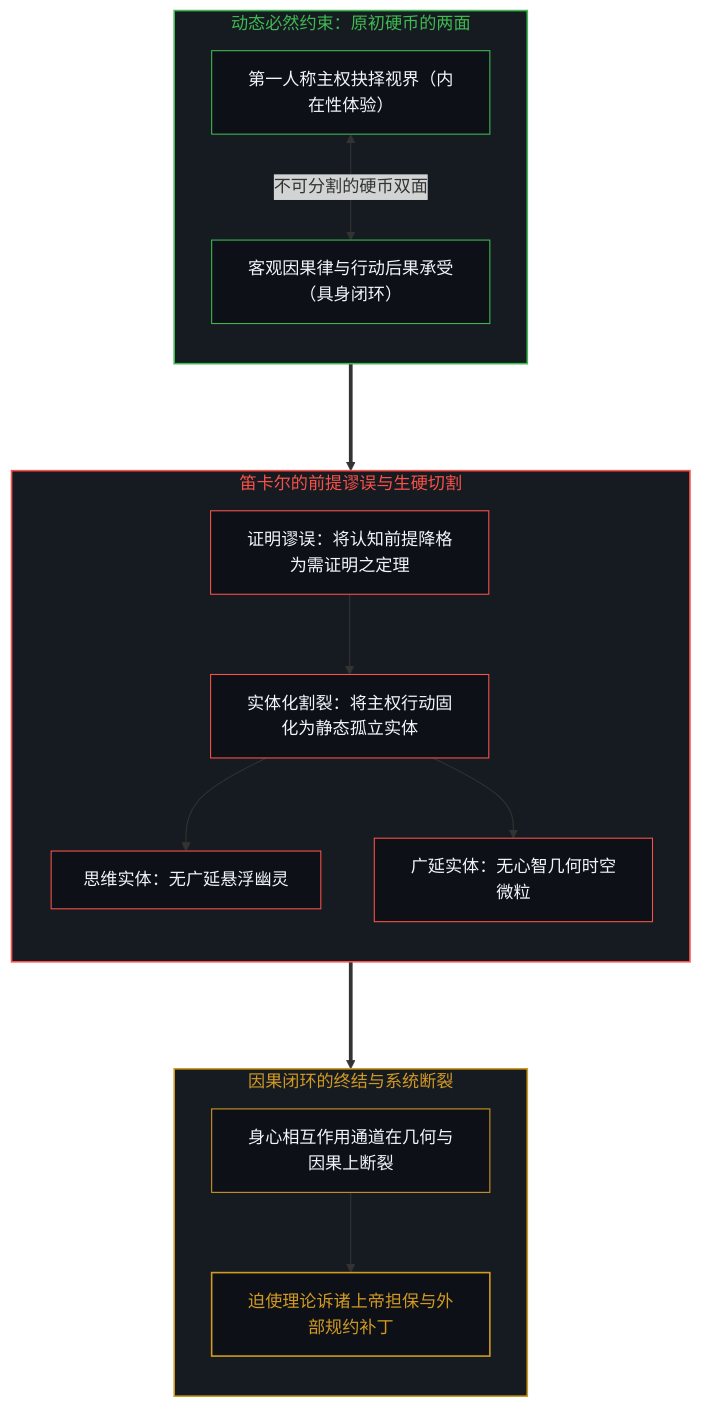
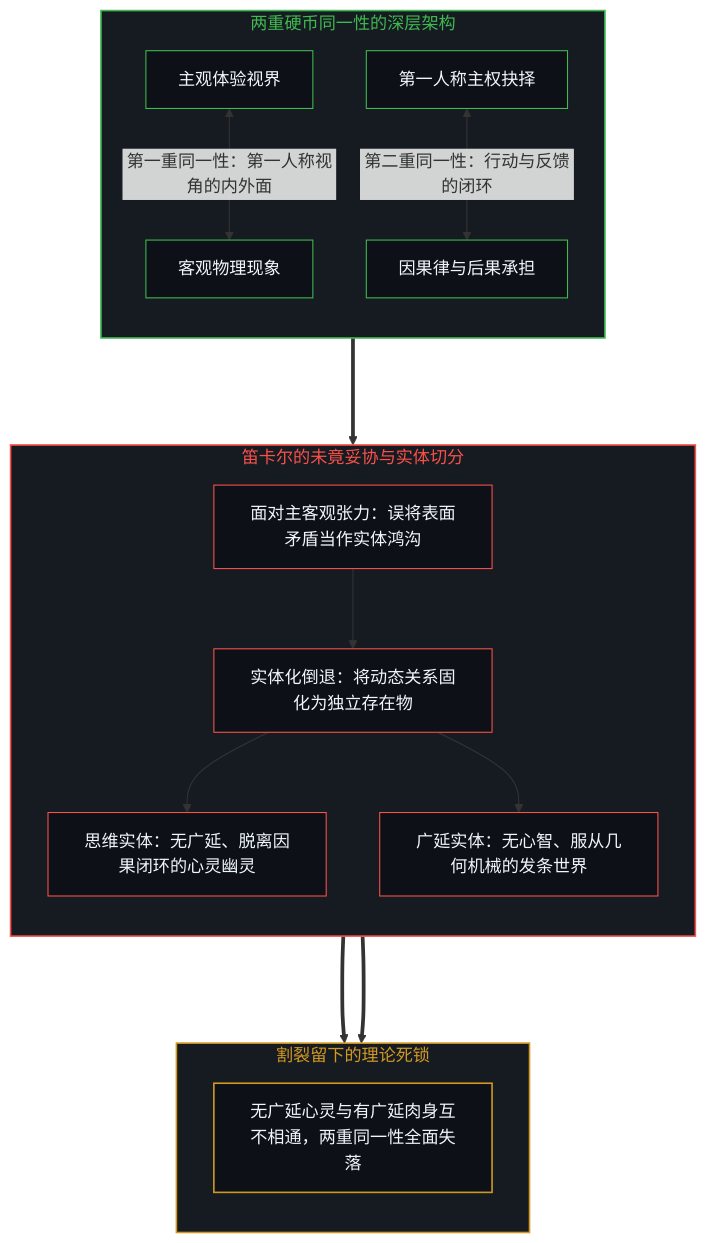
One commit to powerpig99/not-a-toe changed the third of 10 diagrams in content/posts/the-cartesian-overstep-and-the-frenzy-of-creation.md. Above: the diagram before and after it, drawn with Mermaid. The commit also changed other lines of this file and 3 other files, not shown here.

````diff
--- a/content/posts/the-cartesian-overstep-and-the-frenzy-of-creation.md
+++ b/content/posts/the-cartesian-overstep-and-the-frenzy-of-creation.md
@@ -97,34 +96,36 @@
 ```mermaid
 graph TD
-    subgraph S_DynamicGround ["动态必然约束：原初硬币的两面"]
+    subgraph S_DualityLost ["两重硬币同一性的深层架构"]
         direction TB
-        D_FirstPerson["第一人称主权抉择视界（内在性体验）"] <-->|"不可分割的硬币双面"| D_CausalLoop["客观因果律与行动后果承受（具身闭环）"]
+        C1_Subject["主观体验视界"] <-->|"第一重同一性：第一人称视角的内外面"| C1_Object["客观物理现象"]
+        C2_FirstPerson["第一人称主权抉择"] <-->|"第二重同一性：行动与反馈的闭环"| C2_Causality["因果律与后果承担"]
     end
 
-    subgraph S_CartesianCleavage ["笛卡尔的前提谬误与生硬切割"]
+    subgraph S_CartesianRetreat ["笛卡尔的未竟妥协与实体切分"]
         direction TB
-        F_ProofFallacy["证明谬误：将认知前提降格为需证明之定理"] --> F_SubstanceCut["实体化割裂：将主权行动固化为静态孤立实体"]
-        F_SubstanceCut --> F_ResCogitans["思维实体：无广延悬浮幽灵"]
-        F_SubstanceCut --> F_ResExtensa["广延实体：无心智几何时空微粒"]
+        R_Surface["面对主客观张力：误将表面矛盾当作实体鸿沟"] --> R_Reify["实体化倒退：将动态关系固化为独立存在物"]
+        R_Reify --> R_Cogitans["思维实体：无广延、脱离因果闭环的心灵幽灵"]
+        R_Reify --> R_Extensa["广延实体：无心智、服从几何机械的发条世界"]
     end
 
-    subgraph S_BrokenClosure ["因果闭环的终结与系统断裂"]
+    subgraph S_FracturedVoid ["割裂留下的理论死锁"]
         direction TB
-        B_MindBodyGulf["身心相互作用通道在几何与因果上断裂"] --> B_ExternalGod["迫使理论诉诸上帝担保与外部规约补丁"]
+        F_Deadlock["无广延心灵与有广延肉身互不相通，两重同一性全面失落"]
     end
 
-    D_CausalLoop ===> F_ProofFallacy
-    F_ResExtensa ===> B_MindBodyGulf
+    C2_Causality ===> R_Surface
+    R_Cogitans & R_Extensa ===> F_Deadlock
 
-    style S_DynamicGround fill:#161b22,stroke:#3fb950,stroke-width:1.5px,color:#3fb950
-    style S_CartesianCleavage fill:#161b22,stroke:#f85149,stroke-width:1.5px,color:#f85149
-    style S_BrokenClosure fill:#161b22,stroke:#d29922,stroke-width:1.5px,color:#d29922
-    style D_FirstPerson fill:#0d1117,stroke:#3fb950,stroke-width:1px,color:#f0f6fc
-    style D_CausalLoop fill:#0d1117,stroke:#3fb950,stroke-width:1px,color:#f0f6fc
-    style F_ProofFallacy fill:#0d1117,stroke:#f85149,stroke-width:1px,color:#f0f6fc
-    style F_SubstanceCut fill:#0d1117,stroke:#f85149,stroke-width:1px,color:#f0f6fc
-    style F_ResCogitans fill:#0d1117,stroke:#f85149,stroke-width:1px,color:#f0f6fc
-    style F_ResExtensa fill:#0d1117,stroke:#f85149,stroke-width:1px,color:#f0f6fc
-    style B_MindBodyGulf fill:#0d1117,stroke:#d29922,stroke-width:1px,color:#f0f6fc
-    style B_ExternalGod fill:#0d1117,stroke:#d29922,stroke-width:1.5px,color:#d29922
+    style S_DualityLost fill:#161b22,stroke:#3fb950,stroke-width:1.5px,color:#3fb950
+    style S_CartesianRetreat fill:#161b22,stroke:#f85149,stroke-width:1.5px,color:#f85149
+    style S_FracturedVoid fill:#161b22,stroke:#d29922,stroke-width:1.5px,color:#d29922
+    style C1_Subject fill:#0d1117,stroke:#3fb950,stroke-width:1px,color:#f0f6fc
+    style C1_Object fill:#0d1117,stroke:#3fb950,stroke-width:1px,color:#f0f6fc
+    style C2_FirstPerson fill:#0d1117,stroke:#3fb950,stroke-width:1px,color:#f0f6fc
+    style C2_Causality fill:#0d1117,stroke:#3fb950,stroke-width:1px,color:#f0f6fc
+    style R_Surface fill:#0d1117,stroke:#f85149,stroke-width:1px,color:#f0f6fc
+    style R_Reify fill:#0d1117,stroke:#f85149,stroke-width:1px,color:#f0f6fc
+    style R_Cogitans fill:#0d1117,stroke:#f85149,stroke-width:1px,color:#f0f6fc
+    style R_Extensa fill:#0d1117,stroke:#f85149,stroke-width:1px,color:#f0f6fc
+    style F_Deadlock fill:#0d1117,stroke:#d29922,stroke-width:1.5px,color:#f0f6fc
 ```
````
